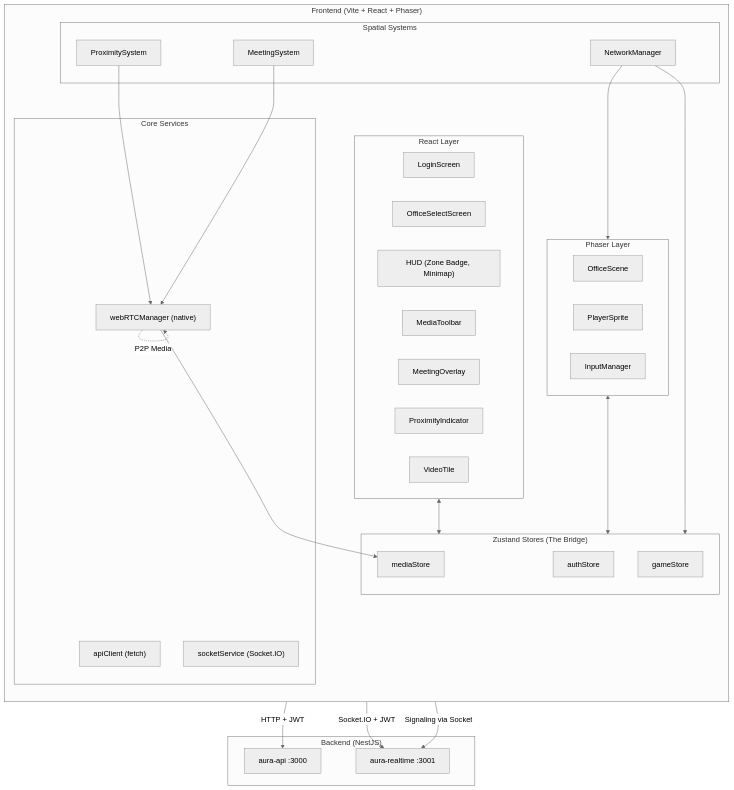
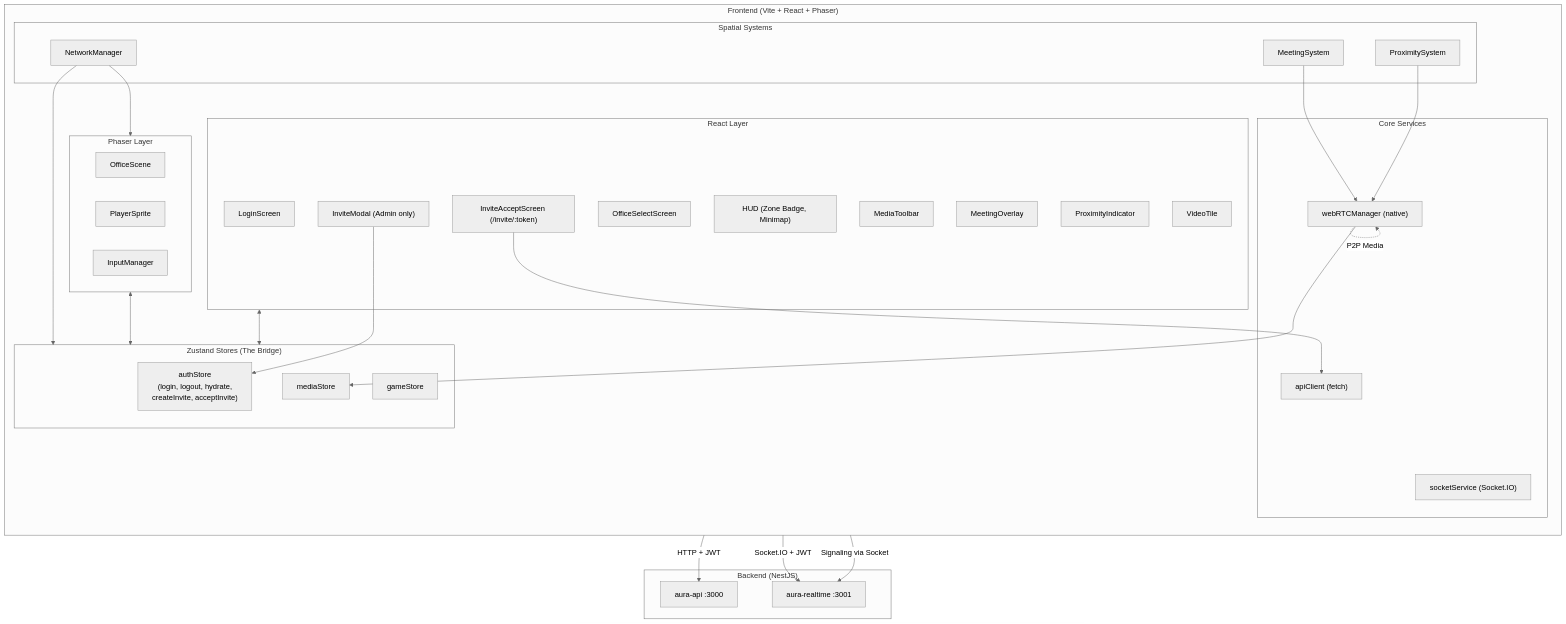
One commit to EchofoxdesignLabs/project_Aura_FE changed the first of 2 diagrams in docs/frontend_implementation_plan.md. Above: the diagram before and after it, drawn with Mermaid (neutral theme). The commit also changed other lines of this file and 15 other files, not shown here.

Commit message:
feat: initialize spatial engine architecture and core infrastructure with Phaser integration, network management, and auth store.

````diff
--- a/docs/frontend_implementation_plan.md
+++ b/docs/frontend_implementation_plan.md
@@ -1119,57 +1347,61 @@
 ```mermaid
 graph TB
     subgraph Frontend ["Frontend (Vite + React + Phaser)"]
         direction TB
         subgraph React ["React Layer"]
             LoginScreen["LoginScreen"]
             OfficeSelect["OfficeSelectScreen"]
+            InviteModal["InviteModal (Admin only)"]
+            InviteAccept["InviteAcceptScreen (/invite/:token)"]
             HUD["HUD (Zone Badge, Minimap)"]
             MediaToolbar["MediaToolbar"]
             MeetingOverlay["MeetingOverlay"]
             ProximityIndicator["ProximityIndicator"]
             VideoTile["VideoTile"]
         end
 
         subgraph Phaser ["Phaser Layer"]
             OfficeScene["OfficeScene"]
             PlayerSprite["PlayerSprite"]
             InputManager["InputManager"]
         end
 
         subgraph Bridge ["Zustand Stores (The Bridge)"]
-            AuthStore["authStore"]
+            AuthStore["authStore\n(login, logout, hydrate,\ncreateInvite, acceptInvite)"]
             GameStore["gameStore"]
             MediaStore["mediaStore"]
         end
 
         subgraph Services ["Core Services"]
             ApiClient["apiClient (fetch)"]
             SocketService["socketService (Socket.IO)"]
             WebRTCMgr["webRTCManager (native)"]
         end
 
         subgraph Systems ["Spatial Systems"]
             NetworkMgr["NetworkManager"]
             ProxSys["ProximitySystem"]
             MeetingSys["MeetingSystem"]
         end
 
+        InviteModal --> AuthStore
+        InviteAccept --> ApiClient
         React <--> Bridge
         Phaser <--> Bridge
         NetworkMgr --> Bridge
         NetworkMgr --> Phaser
         ProxSys --> WebRTCMgr
         MeetingSys --> WebRTCMgr
         WebRTCMgr --> MediaStore
     end
 
     subgraph Backend ["Backend (NestJS)"]
         API["aura-api :3000"]
         RT["aura-realtime :3001"]
     end
 
     ApiClient -- "HTTP + JWT" --> API
     SocketService -- "Socket.IO + JWT" --> RT
     WebRTCMgr -- "Signaling via Socket" --> RT
     WebRTCMgr -. "P2P Media" .-> WebRTCMgr
 ```
````
